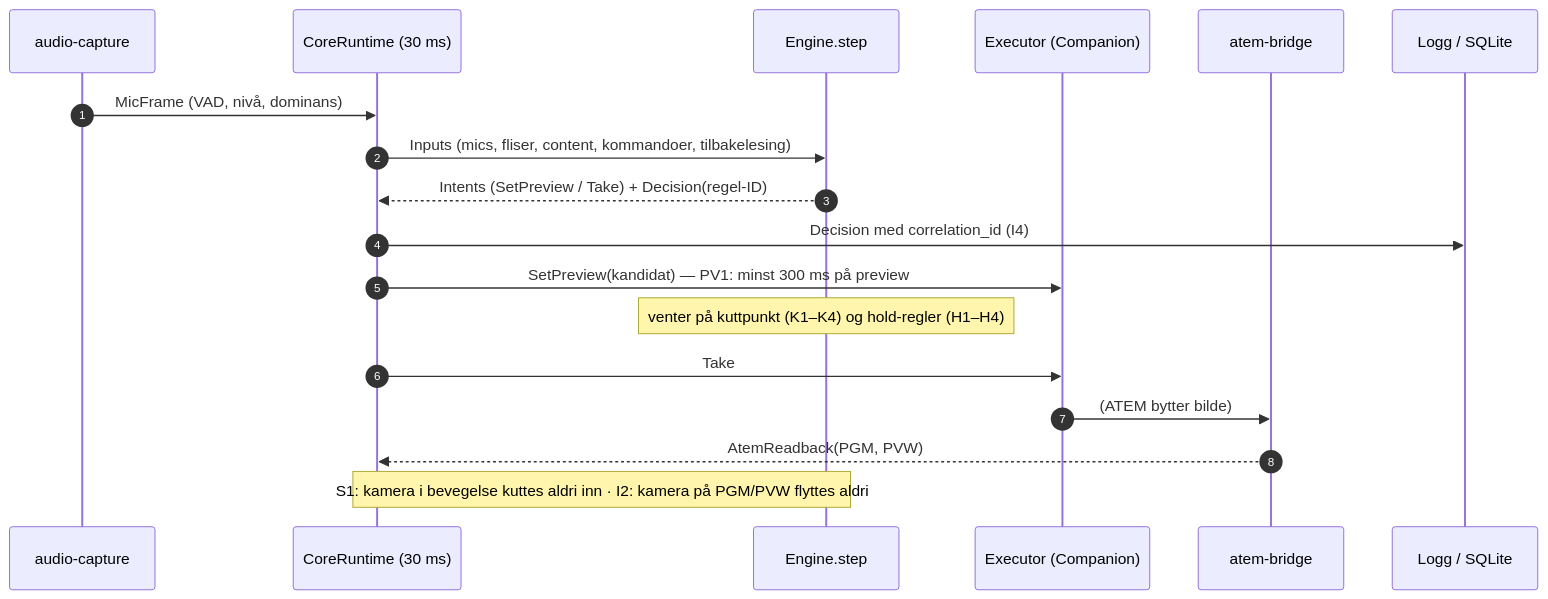
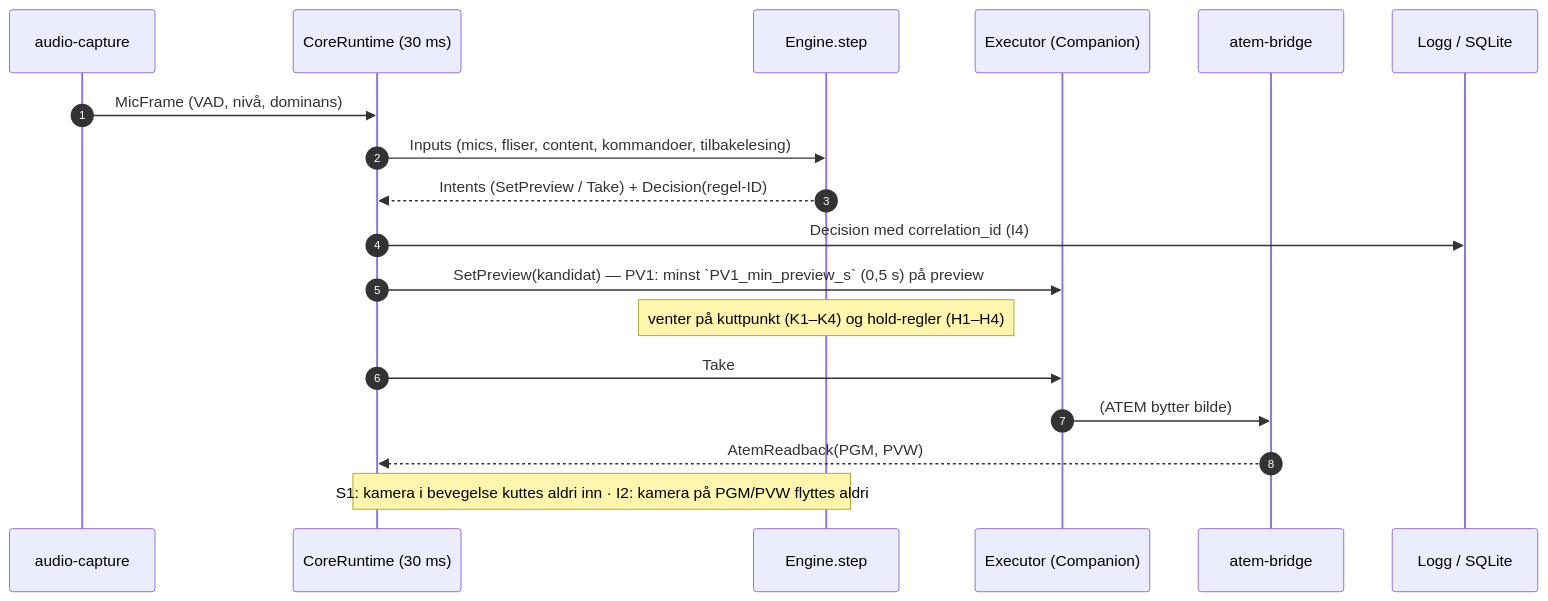
Before and after one commit to multimediesenteret/CutCutStudio: the third of 5 diagrams in docs/architecture/README.md, drawn with Mermaid. The commit also changed other lines of this file and 77 other files, not shown here.

````diff
--- a/docs/architecture/README.md
+++ b/docs/architecture/README.md
@@ -75,20 +76,20 @@
 ```mermaid
 sequenceDiagram
   autonumber
   participant A as audio-capture
   participant R as CoreRuntime (30 ms)
   participant E as Engine.step
   participant X as Executor (Companion)
   participant B as atem-bridge
   participant L as Logg / SQLite
   A->>R: MicFrame (VAD, nivå, dominans)
   R->>E: Inputs (mics, fliser, content, kommandoer, tilbakelesing)
   E-->>R: Intents (SetPreview / Take) + Decision(regel-ID)
   R->>L: Decision med correlation_id (I4)
-  R->>X: SetPreview(kandidat)  — PV1: minst 300 ms på preview
+  R->>X: SetPreview(kandidat)  — PV1: minst `PV1_min_preview_s` (0,5 s) på preview
   Note over E: venter på kuttpunkt (K1–K4) og hold-regler (H1–H4)
   R->>X: Take
   X->>B: (ATEM bytter bilde)
   B-->>R: AtemReadback(PGM, PVW)
   Note over R,E: S1: kamera i bevegelse kuttes aldri inn · I2: kamera på PGM/PVW flyttes aldri
 ```
````
